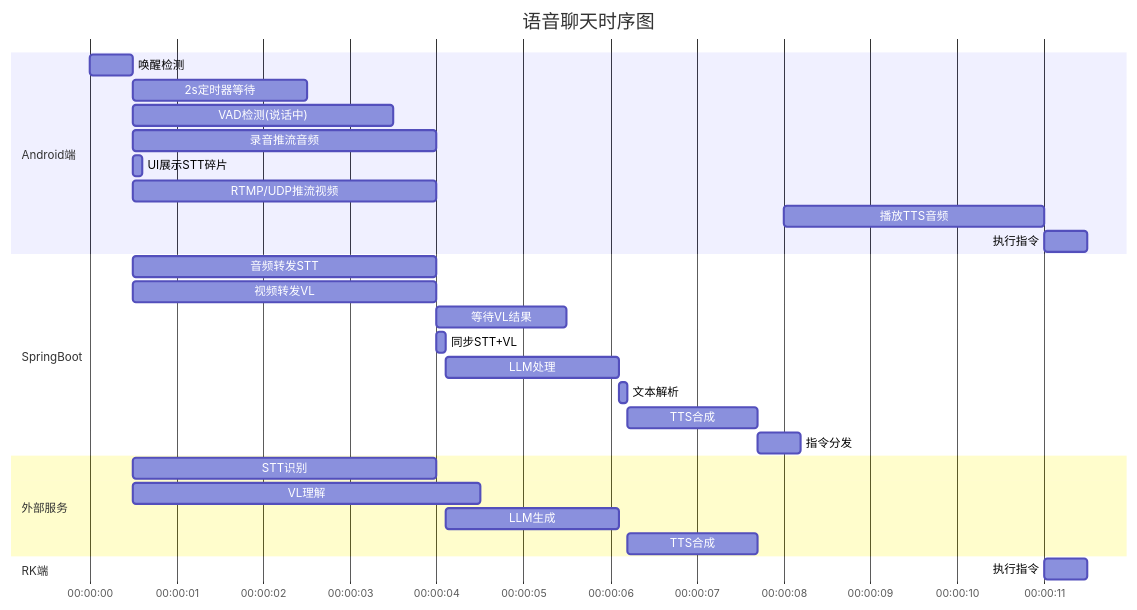
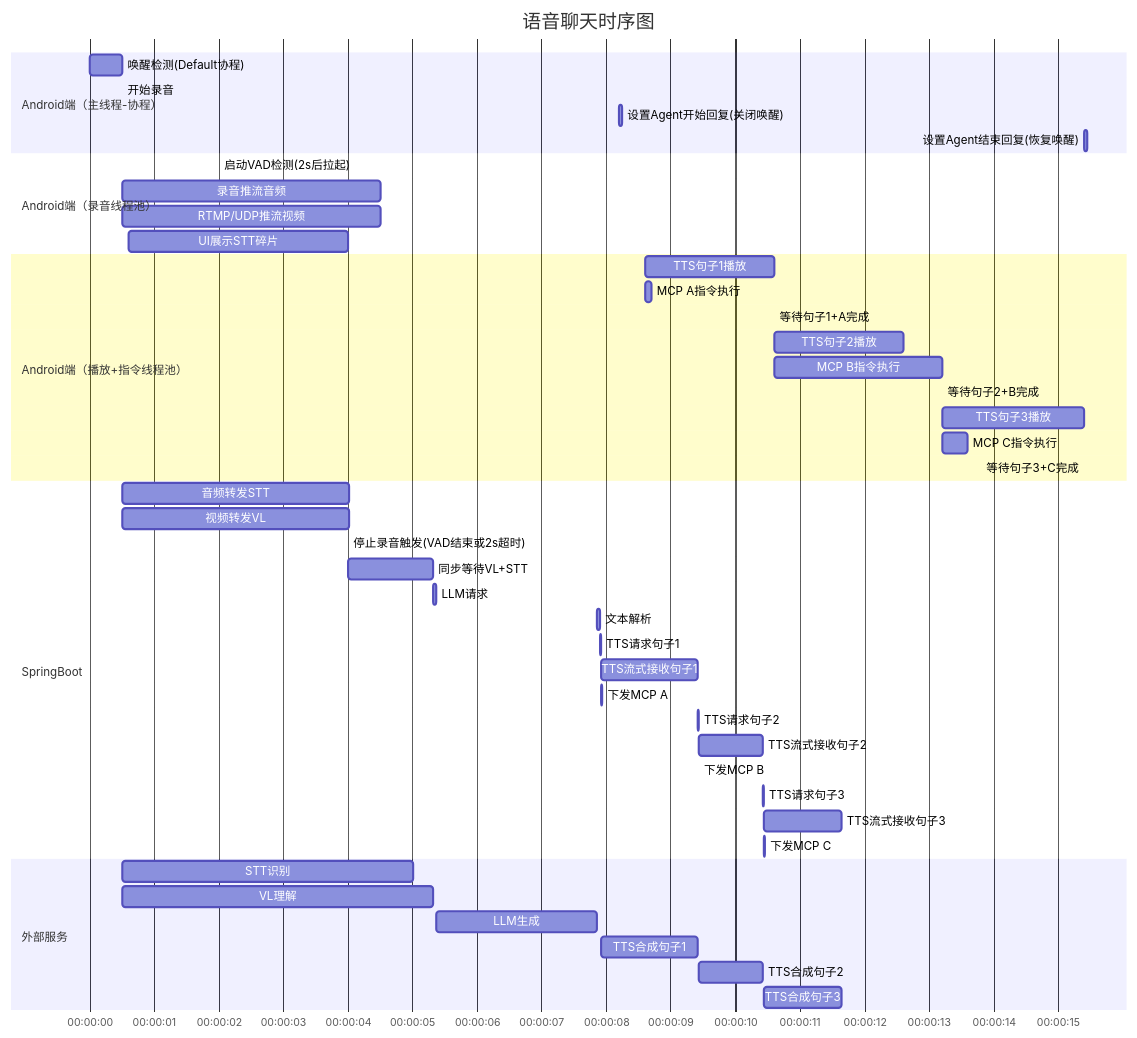
The fourth of 5 diagrams in cursor/AgentChat.md (nangong918/magic-vector), drawn with Mermaid before and after one commit. The commit also changed other lines of this file, not shown here.

Commit message:
deepseek: 完成Agent甘特图设计

````diff
--- a/cursor/AgentChat.md
+++ b/cursor/AgentChat.md
@@ -252,36 +264,59 @@
 ```mermaid
 gantt
-    title 语音聊天时序图
-    dateFormat HH:mm:ss.SSS
-    axisFormat %H:%M:%S
-    
-    section Android端
-    唤醒检测 :a1, 00:00:00.000, 500ms
-    2s定时器等待 :a2, after a1, 2000ms
-    VAD检测(说话中) :a3, after a1, 3000ms
-    录音推流音频 :a4, after a1, 3500ms
-    UI展示STT碎片 :a5, after a1, 100ms
-    RTMP/UDP推流视频 :a6, after a1, 3500ms
-    
-    播放TTS音频 :a7, 00:00:08.000, 3000ms
-    执行指令 :a8, 00:00:11.000, 500ms
-    
-    section SpringBoot
-    音频转发STT :b1, 00:00:00.500, 3500ms
-    视频转发VL :b2, 00:00:00.500, 3500ms
-    等待VL结果 :b3, after b2, 1500ms
-    同步STT+VL :b4, 00:00:04.000, 100ms
-    LLM处理 :b5, after b4, 2000ms
-    文本解析 :b6, after b5, 100ms
-    TTS合成 :b7, after b6, 1500ms
-    指令分发 :b8, after b7, 500ms
-    
-    section 外部服务
-    STT识别 :c1, 00:00:00.500, 3500ms
-    VL理解 :c2, 00:00:00.500, 4000ms
-    LLM生成 :c3, 00:00:04.100, 2000ms
-    TTS合成 :c4, 00:00:06.200, 1500ms
-    
-    section RK端
-    执行指令 :d1, 00:00:11.000, 500ms
+  title 语音聊天时序图
+  dateFormat HH:mm:ss.SSS
+  axisFormat %H:%M:%S
+
+  section Android端（主线程-协程）
+    唤醒检测(Default协程) :a1, 00:00:00.000, 500ms
+    开始录音 :a2, after a1, 10ms
+    设置Agent开始回复(关闭唤醒) :a3, 00:00:08.200, 50ms
+    设置Agent结束回复(恢复唤醒) :a4, after a17, 50ms
+
+  section Android端（录音线程池）
+    启动VAD检测(2s后拉起) :a5, 00:00:02.000, 1ms
+    录音推流音频 :a6, after a2, 4000ms
+    RTMP/UDP推流视频 :a7, after a2, 4000ms
+    UI展示STT碎片 :a8, 00:00:00.600, 3400ms
+
+  section Android端（播放+指令线程池）
+    TTS句子1播放 :a9, 00:00:08.600, 2000ms
+    MCP A指令执行 :a10, 00:00:08.600, 100ms
+    等待句子1+A完成 :a11, after a9, 0ms
+
+    TTS句子2播放 :a12, after a11, 2000ms
+    MCP B指令执行 :a13, after a11, 2600ms
+    等待句子2+B完成 :a14, after a13, 0ms
+
+    TTS句子3播放 :a15, after a14, 2200ms
+    MCP C指令执行 :a16, after a14, 400ms
+    等待句子3+C完成 :a17, after a15, 0ms
+
+  section SpringBoot
+    音频转发STT :b1, 00:00:00.510, 3500ms
+    视频转发VL :b2, 00:00:00.510, 3500ms
+    停止录音触发(VAD结束或2s超时) :b3, 00:00:04.000, 1ms
+    同步等待VL+STT :b4, 00:00:04.000, 1310ms
+    LLM请求 :b5, after b4, 50ms
+    文本解析 :b6, after c3, 50ms
+
+    TTS请求句子1 :b7, after b6, 10ms
+    TTS流式接收句子1 :b8, after b7, 1500ms
+    下发MCP A :b9, after b7, 10ms
+
+    TTS请求句子2 :b10, after b8, 10ms
+    TTS流式接收句子2 :b11, after b10, 1000ms
+    下发MCP B :b12, after b10, 10ms
+
+    TTS请求句子3 :b13, after b11, 10ms
+    TTS流式接收句子3 :b14, after b13, 1200ms
+    下发MCP C :b15, after b13, 10ms
+
+  section 外部服务
+    STT识别 :c1, 00:00:00.510, 4500ms
+    VL理解 :c2, 00:00:00.510, 4800ms
+    LLM生成 :c3, after b5, 2500ms
+    TTS合成句子1 :c4, after b7, 1500ms
+    TTS合成句子2 :c5, after b10, 1000ms
+    TTS合成句子3 :c6, after b13, 1200ms
 ```
````
